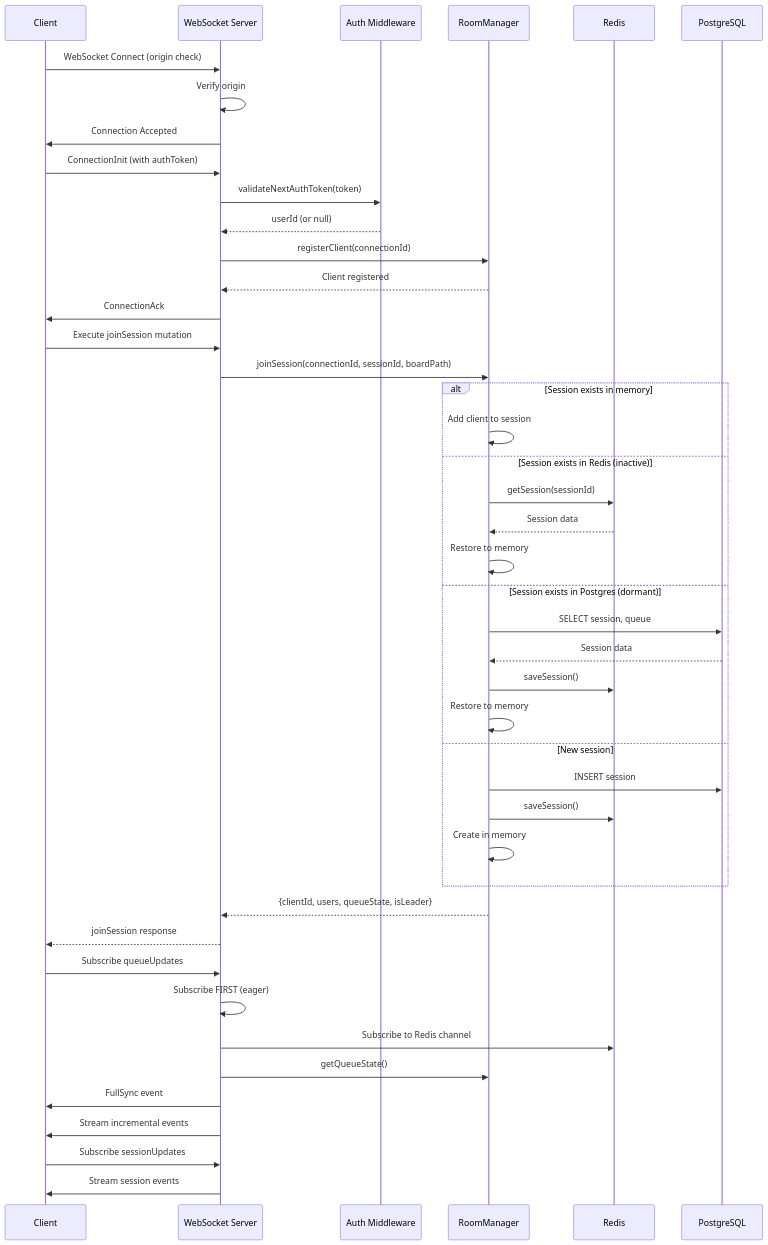
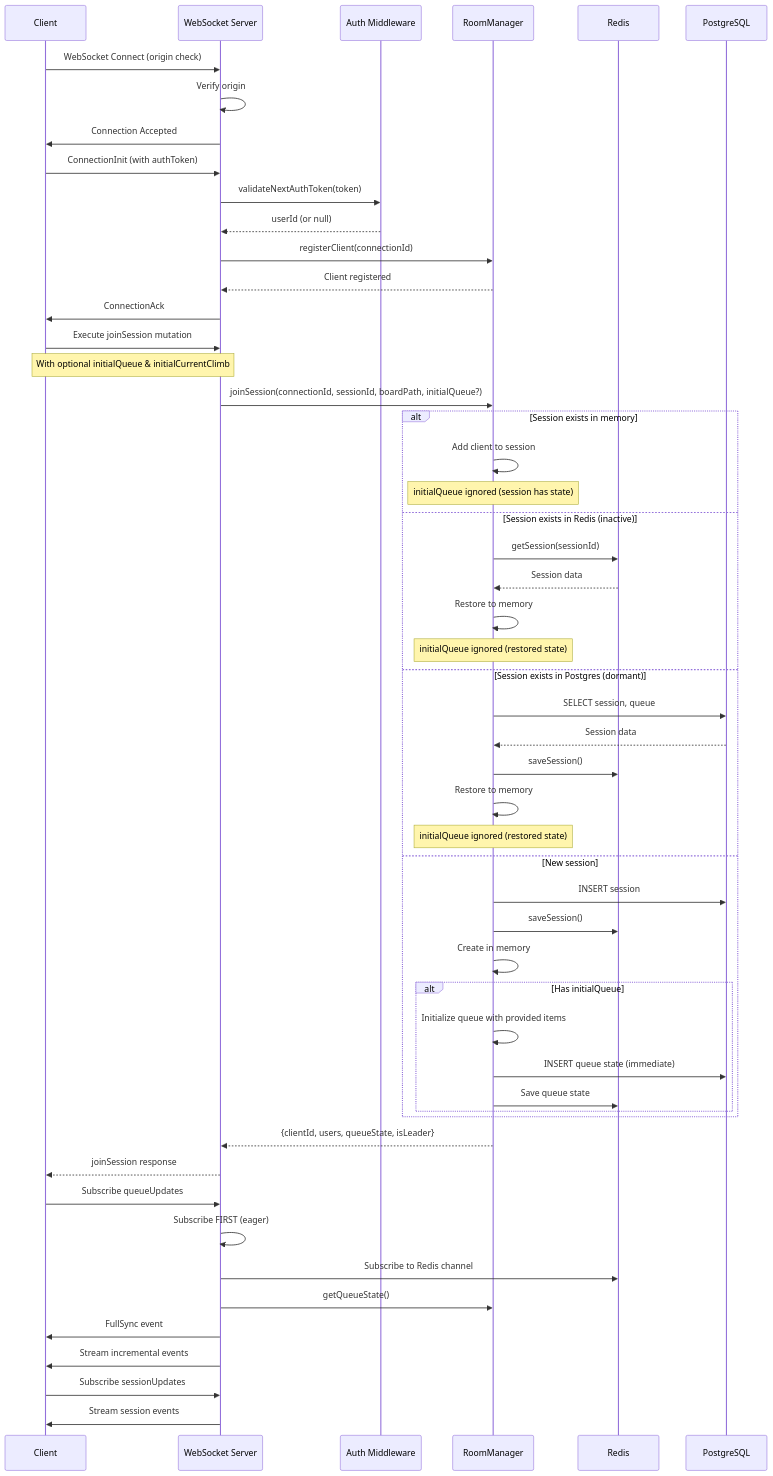
The first of 12 diagrams in docs/websocket-implementation.md (marcodejongh/boardsesh), drawn with Mermaid before and after one commit. The commit also changed other lines of this file and 1 other file, not shown here.

First line of the commit message:
feat: Pass initial queue to backend when creating new party session

````diff
--- a/docs/websocket-implementation.md
+++ b/docs/websocket-implementation.md
@@ -83,53 +83,62 @@
 ```mermaid
 sequenceDiagram
     participant C as Client
     participant WS as WebSocket Server
     participant A as Auth Middleware
     participant RM as RoomManager
     participant R as Redis
     participant PG as PostgreSQL
 
     C->>WS: WebSocket Connect (origin check)
     WS->>WS: Verify origin
     WS->>C: Connection Accepted
 
     C->>WS: ConnectionInit (with authToken)
     WS->>A: validateNextAuthToken(token)
     A-->>WS: userId (or null)
     WS->>RM: registerClient(connectionId)
     RM-->>WS: Client registered
     WS->>C: ConnectionAck
 
     C->>WS: Execute joinSession mutation
-    WS->>RM: joinSession(connectionId, sessionId, boardPath)
+    Note over C,WS: With optional initialQueue & initialCurrentClimb
+    WS->>RM: joinSession(connectionId, sessionId, boardPath, initialQueue?)
 
     alt Session exists in memory
         RM->>RM: Add client to session
+        Note over RM: initialQueue ignored (session has state)
     else Session exists in Redis (inactive)
         RM->>R: getSession(sessionId)
         R-->>RM: Session data
         RM->>RM: Restore to memory
+        Note over RM: initialQueue ignored (restored state)
     else Session exists in Postgres (dormant)
         RM->>PG: SELECT session, queue
         PG-->>RM: Session data
         RM->>R: saveSession()
         RM->>RM: Restore to memory
+        Note over RM: initialQueue ignored (restored state)
     else New session
         RM->>PG: INSERT session
         RM->>R: saveSession()
         RM->>RM: Create in memory
+        alt Has initialQueue
+            RM->>RM: Initialize queue with provided items
+            RM->>PG: INSERT queue state (immediate)
+            RM->>R: Save queue state
+        end
     end
 
     RM-->>WS: {clientId, users, queueState, isLeader}
     WS-->>C: joinSession response
 
     C->>WS: Subscribe queueUpdates
     WS->>WS: Subscribe FIRST (eager)
     WS->>R: Subscribe to Redis channel
     WS->>RM: getQueueState()
     WS->>C: FullSync event
     WS->>C: Stream incremental events
 
     C->>WS: Subscribe sessionUpdates
     WS->>C: Stream session events
 ```
````
